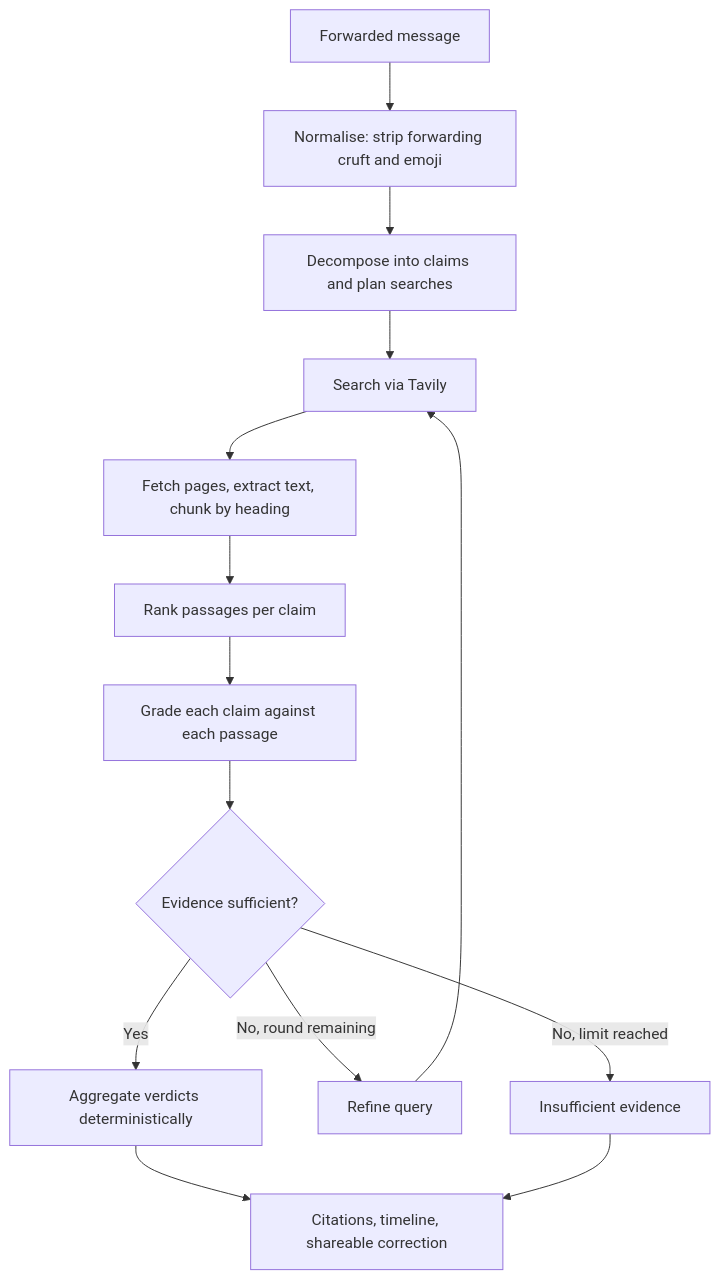
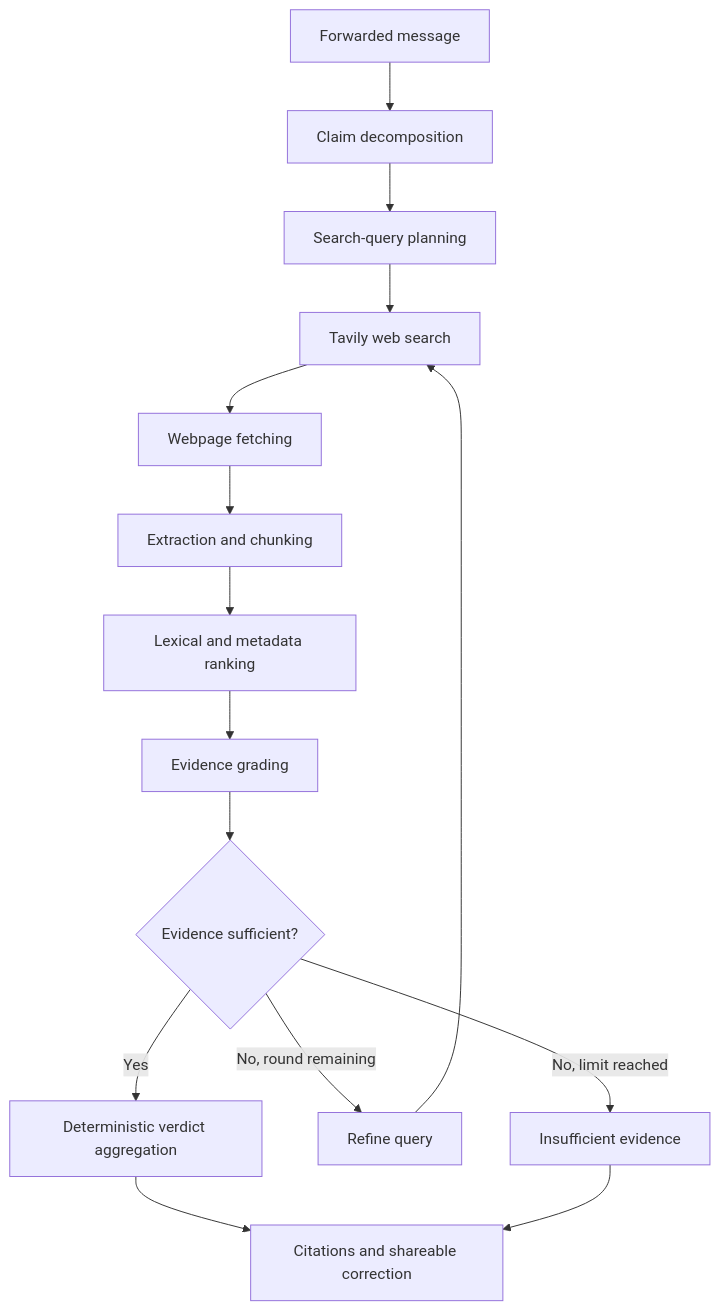
The diagram in README.md (yijiechong13/forwardcheck), drawn with Mermaid before and after one commit. The commit also changed other lines of this file, not shown here.

````diff
--- a/README.md
+++ b/README.md
@@ -71,16 +98,17 @@
 ```mermaid
 flowchart TD
-    A["Forwarded message"] --> B["Normalise: strip forwarding cruft and emoji"]
-    B --> C["Decompose into claims and plan searches"]
-    C --> D["Search via Tavily"]
-    D --> E["Fetch pages, extract text, chunk by heading"]
-    E --> F["Rank passages per claim"]
-    F --> G["Grade each claim against each passage"]
-    G --> H{"Evidence sufficient?"}
-    H -- "Yes" --> I["Aggregate verdicts deterministically"]
-    H -- "No, round remaining" --> J["Refine query"]
-    J --> D
-    H -- "No, limit reached" --> K["Insufficient evidence"]
-    I --> L["Citations, timeline, shareable correction"]
-    K --> L
+    A["Forwarded message"] --> B["Claim decomposition"]
+    B --> C["Search-query planning"]
+    C --> D["Tavily web search"]
+    D --> E["Webpage fetching"]
+    E --> F["Extraction and chunking"]
+    F --> G["Lexical and metadata ranking"]
+    G --> H["Evidence grading"]
+    H --> I{"Evidence sufficient?"}
+    I -- "Yes" --> J["Deterministic verdict aggregation"]
+    I -- "No, round remaining" --> K["Refine query"]
+    K --> D
+    I -- "No, limit reached" --> L["Insufficient evidence"]
+    J --> M["Citations and shareable correction"]
+    L --> M
 ```
````
